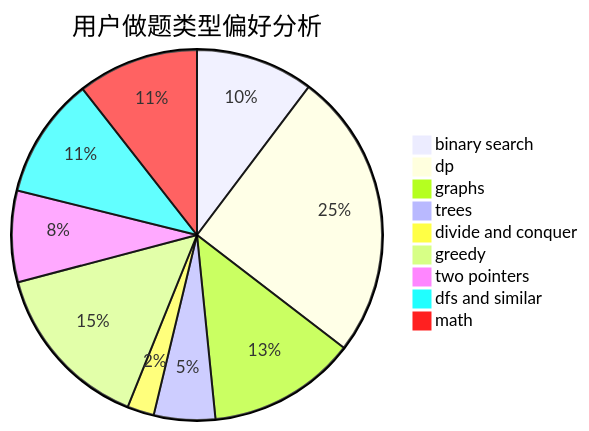
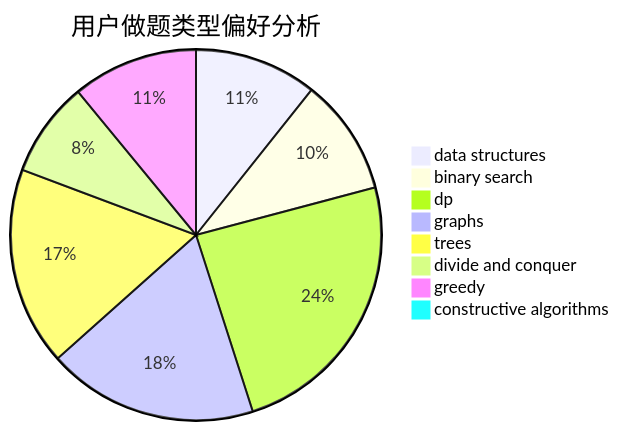
The second of 3 diagrams in docs/user/u205.md (sherpahu/cfrs.github.io), drawn with Mermaid before and after one commit. The commit also changed other lines of this file and 2775 other files, not shown here.

````diff
--- a/docs/user/u205.md
+++ b/docs/user/u205.md
@@ -23,12 +23,11 @@
 ```mermaid
 pie title 用户做题类型偏好分析
-    "binary search" :  290
-    "dp" :  709
-    "graphs" :  366
-    "trees" :  151
-    "divide and conquer" :  66
-    "greedy" :  417
-    "two pointers" :  225
-    "dfs and similar" :  298
-    "math" :  298
+    "data structures" :  81
+    "binary search" :  77
+    "dp" :  183
+    "graphs" :  139
+    "trees" :  131
+    "divide and conquer" :  63
+    "greedy" :  83
+    "constructive algorithms" :  1
 ```
````
